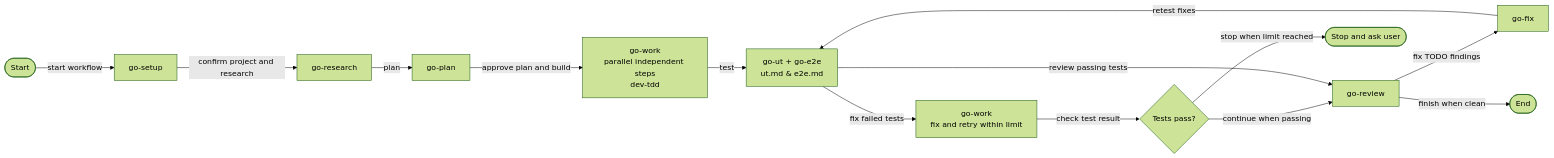
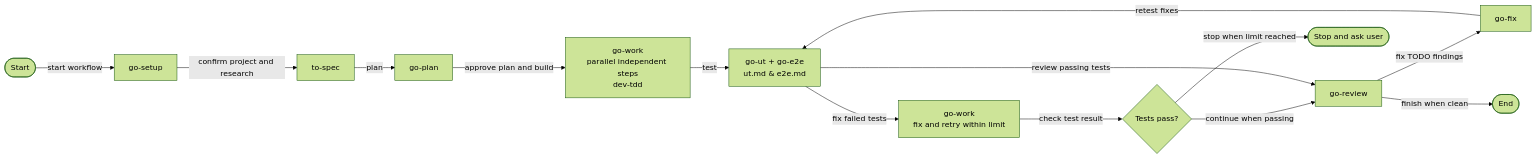
One commit to le0u0/just-do-it changed the diagram in docs/go-flow.md. Above: the diagram before and after it, drawn with Mermaid (forest theme). The commit also changed other lines of this file and 28 other files, not shown here.

First line of the commit message:
feat(spec)!: replace research with ticket specs

````diff
--- a/docs/go-flow.md
+++ b/docs/go-flow.md
@@ -7,16 +7,16 @@
 ```mermaid
 flowchart LR
     Start([Start]) -->|start workflow| S[go-setup]
-    S -->|confirm project and research| R[go-research]
+    S -->|confirm project and research| R[to-spec]
     R -->|plan| P[go-plan]
     P -->|approve plan and build| A[go-work<br/>parallel independent steps<br/>dev-tdd]
     A -->|test| T[go-ut + go-e2e<br/>ut.md & e2e.md]
     T -->|fix failed tests| W[go-work<br/>fix and retry within limit]
     W -->|check test result| Q{Tests pass?}
     Q -->|continue when passing| V
     Q -->|stop when limit reached| Stop([Stop and ask user])
     T -->|review passing tests| V[go-review]
     V -->|fix TODO findings| F[go-fix]
     F -->|retest fixes| T
     V -->|finish when clean| End([End])
 ```
````
